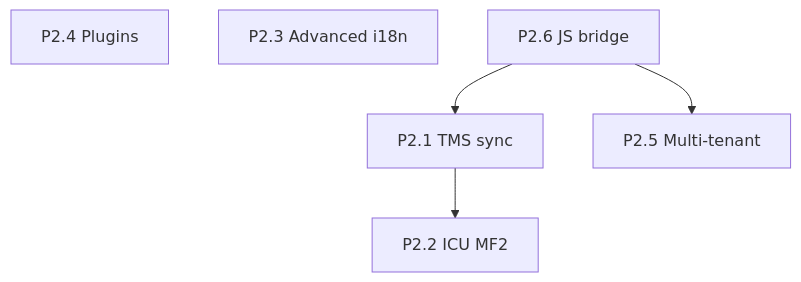
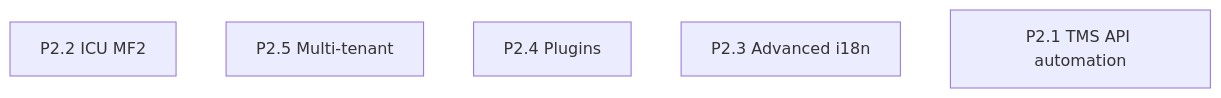
One commit to xdvi/l10n4x changed the diagram in docs/ROADMAP.md. Above: the diagram before and after it, drawn with Mermaid. The commit also changed other lines of this file and 14 other files, not shown here.

First line of the commit message:
feat: P2.6 WASM bridge + P2.1 TMS sync (v0.4.0)

````diff
--- a/docs/ROADMAP.md
+++ b/docs/ROADMAP.md
@@ -104,13 +107,8 @@
 ```mermaid
 graph TD
-    P21[P2.1 TMS sync]
     P22[P2.2 ICU MF2]
     P25[P2.5 Multi-tenant]
     P24[P2.4 Plugins]
     P23[P2.3 Advanced i18n]
-    P26[P2.6 JS bridge]
-
-    P26 --> P21
-    P21 --> P22
-    P26 --> P25
+    P21b[P2.1 TMS API automation]
 ```
````
